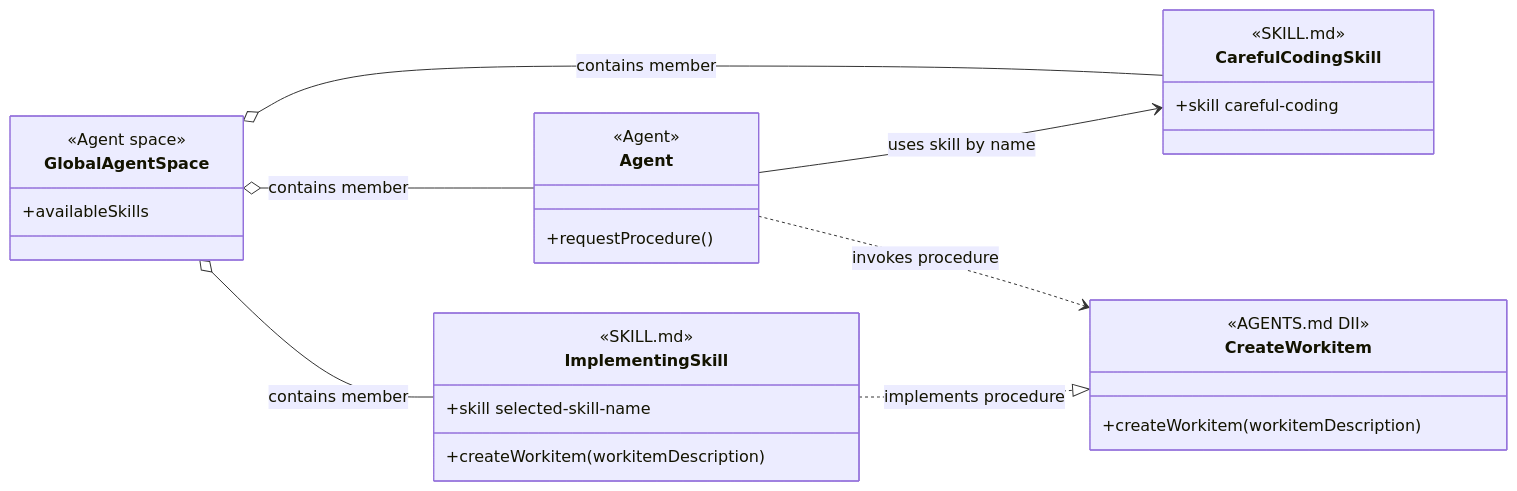
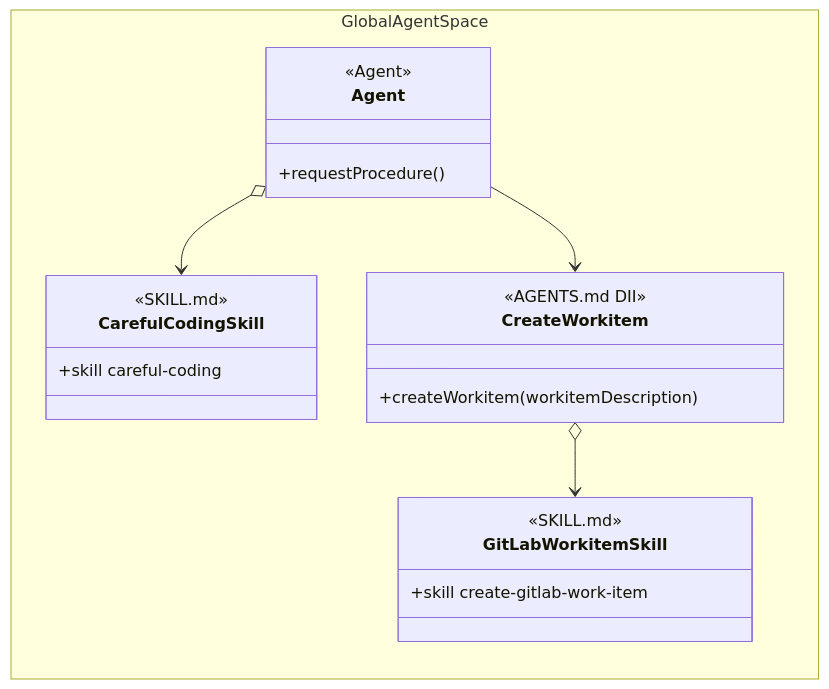
One commit to martinbechard/dev-methodology changed the first of 11 diagrams in design/object-oriented-agent-and-skill-model.md. Above: the diagram before and after it, drawn with Mermaid. The commit also changed other lines of this file and 2 other files, not shown here.

Commit message:
Simplify diagram reference conventions

````diff
--- a/design/object-oriented-agent-and-skill-model.md
+++ b/design/object-oriented-agent-and-skill-model.md
@@ -160,38 +60,32 @@
 ```mermaid
 classDiagram
     direction LR
 
-    class GlobalAgentSpace {
-        <<Agent space>>
-        +availableSkills
+    namespace GlobalAgentSpace {
+        class Agent {
+            <<Agent>>
+            +requestProcedure()
+        }
+
+        class CreateWorkitem {
+            <<AGENTS.md DII>>
+            +createWorkitem(workitemDescription)
+        }
+
+        class GitLabWorkitemSkill {
+            <<SKILL.md>>
+            <<Injectable Skill>>
+            +skill create-gitlab-work-item
+        }
+
+        class CarefulCodingSkill {
+            <<SKILL.md>>
+            <<Agent Skill>>
+            +skill careful-coding
+        }
     }
 
-    class Agent {
-        <<Agent>>
-        +requestProcedure()
-    }
-
-    class CreateWorkitem {
-        <<AGENTS.md DII>>
-        +createWorkitem(workitemDescription)
-    }
-
-    class ImplementingSkill {
-        <<SKILL.md>>
-        +skill selected-skill-name
-        +createWorkitem(workitemDescription)
-    }
-
-    class CarefulCodingSkill {
-        <<SKILL.md>>
-        <<Agent Skill>>
-        +skill careful-coding
-    }
-
-    GlobalAgentSpace o-- Agent : contains member
-    GlobalAgentSpace o-- ImplementingSkill : contains member
-    GlobalAgentSpace o-- CarefulCodingSkill : contains member
-    Agent --> CarefulCodingSkill : uses skill by name
-    Agent ..> CreateWorkitem : invokes procedure
-    ImplementingSkill ..|> CreateWorkitem : implements procedure
+    Agent o--> CarefulCodingSkill
+    Agent --> CreateWorkitem
+    CreateWorkitem o--> GitLabWorkitemSkill
 ```
````
